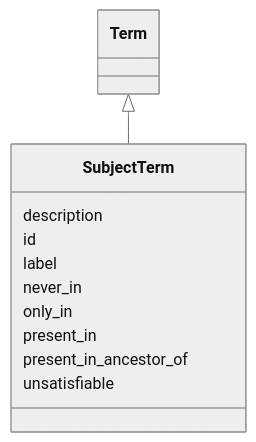
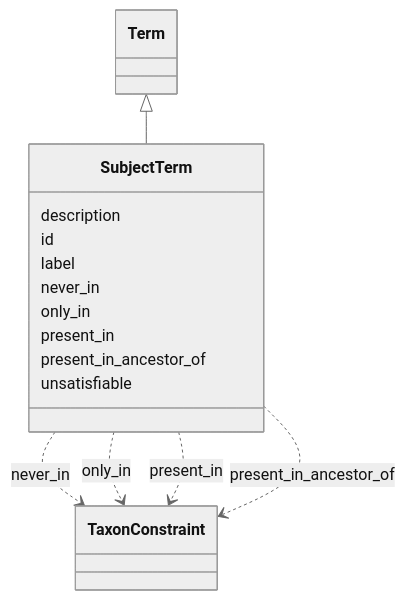
The diagram in taxon-constraints/SubjectTerm.md (INCATools/ontology-access-kit), drawn with Mermaid (neutral theme) before and after one commit. The commit also changed other lines of this file and 1783 other files, not shown here.

````diff
--- a/taxon-constraints/SubjectTerm.md
+++ b/taxon-constraints/SubjectTerm.md
@@ -11,15 +11,31 @@
 ```{mermaid}
  classDiagram
     class SubjectTerm
       Term <|-- SubjectTerm
       
       SubjectTerm : description
+        
       SubjectTerm : id
+        
       SubjectTerm : label
+        
       SubjectTerm : never_in
+        
+          SubjectTerm ..> TaxonConstraint : never_in
+        
       SubjectTerm : only_in
+        
+          SubjectTerm ..> TaxonConstraint : only_in
+        
       SubjectTerm : present_in
+        
+          SubjectTerm ..> TaxonConstraint : present_in
+        
       SubjectTerm : present_in_ancestor_of
+        
+          SubjectTerm ..> TaxonConstraint : present_in_ancestor_of
+        
       SubjectTerm : unsatisfiable
+        
       
 ```
````
